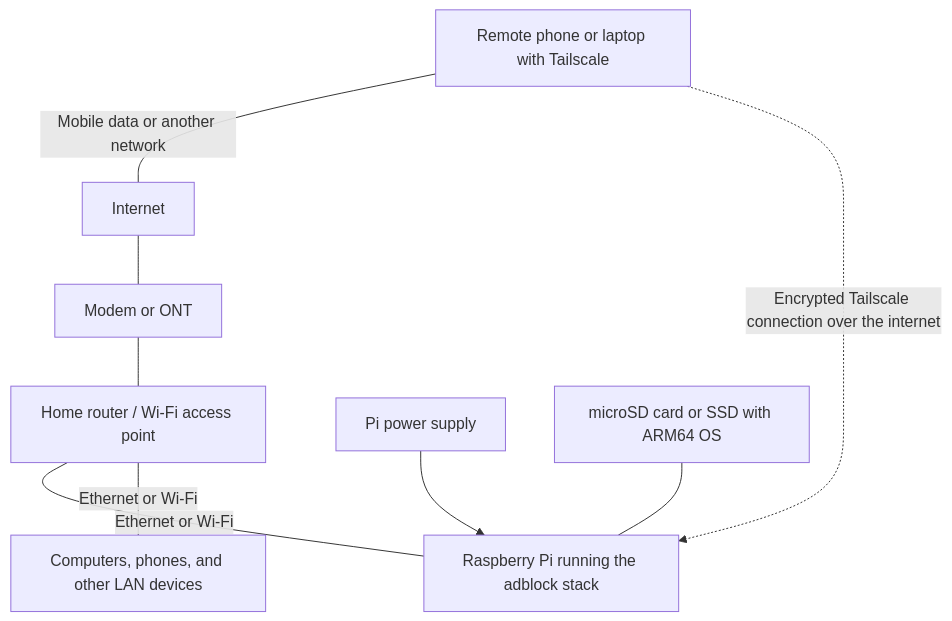
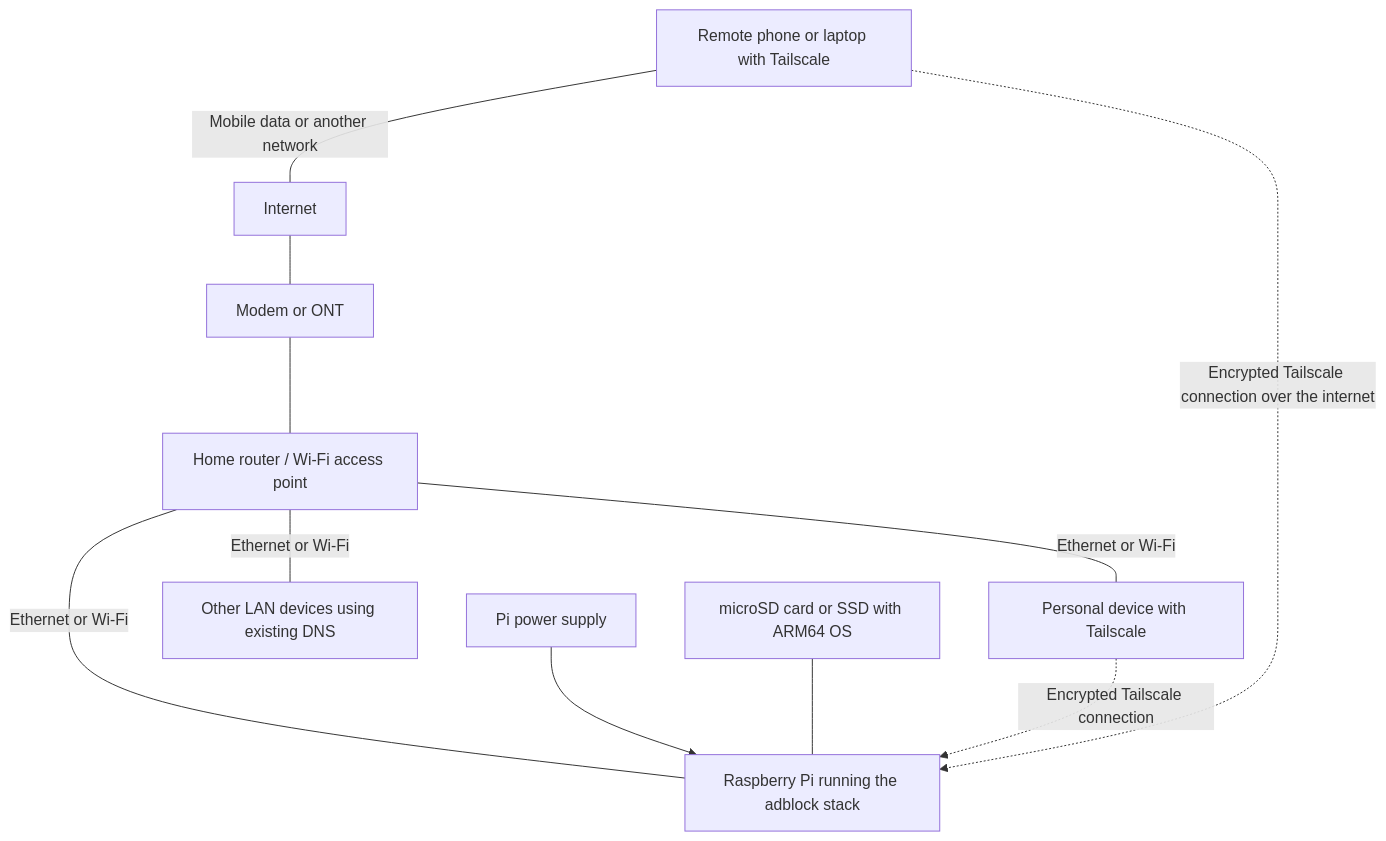
Before and after one commit to kaito-kw-lee/phile-scale: the first of 2 diagrams in README.md, drawn with Mermaid. The commit also changed other lines of this file and 1 other file, not shown here.

Commit message:
docs: introduce phile-scale with Tailscale-first setup

````diff
--- a/README.md
+++ b/README.md
@@ -33,11 +46,13 @@
 ```mermaid
 flowchart TB
     Internet[Internet] --- WAN[Modem or ONT]
     WAN --- Router[Home router / Wi-Fi access point]
     Router ---|Ethernet or Wi-Fi| Pi[Raspberry Pi running the adblock stack]
-    Router ---|Ethernet or Wi-Fi| Clients[Computers, phones, and other LAN devices]
+    Router ---|Ethernet or Wi-Fi| Clients[Other LAN devices using existing DNS]
+    Router ---|Ethernet or Wi-Fi| Local[Personal device with Tailscale]
     Power[Pi power supply] --> Pi
     Storage[microSD card or SSD with ARM64 OS] --- Pi
     Remote[Remote phone or laptop with Tailscale] ---|Mobile data or another network| Internet
     Remote -. Encrypted Tailscale connection over the internet .-> Pi
+    Local -. Encrypted Tailscale connection .-> Pi
 ```
````
